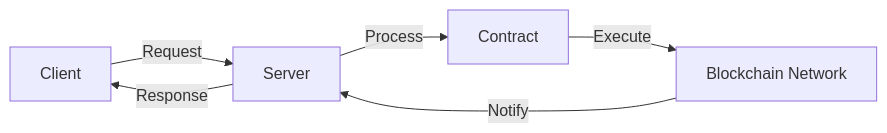
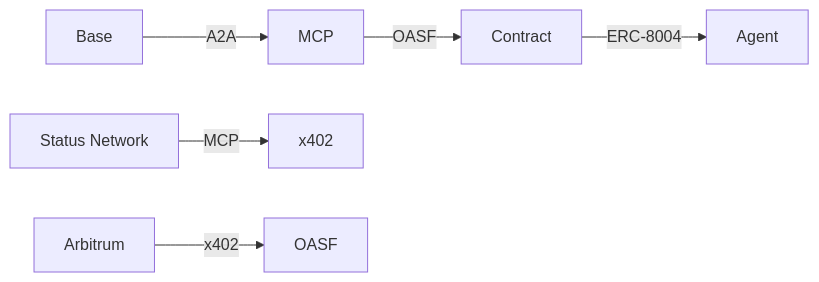
One commit to Cyberpaisa/deterministic-observability-framework changed the diagram in README.md. Above: the diagram before and after it, drawn with Mermaid. The commit also changed other lines of this file and 15 other files, not shown here.

````diff
--- a/README.md
+++ b/README.md
@@ -18,8 +10,8 @@
 ```mermaid
 graph LR
-    A[Client] -->| Request | B[Server]
-    B -->| Process | C[Contract]
-    C -->| Execute | D[Blockchain Network]
-    D -->| Notify | B
-    B -->| Response | A
+    A[Base] -->|A2A|MCP
+    B[Status Network] -->|MCP|x402
+    C[Arbitrum] -->|x402|OASF
+    MCP -->|OASF|Contract
+    Contract -->|ERC-8004|Agent
 ```
````
